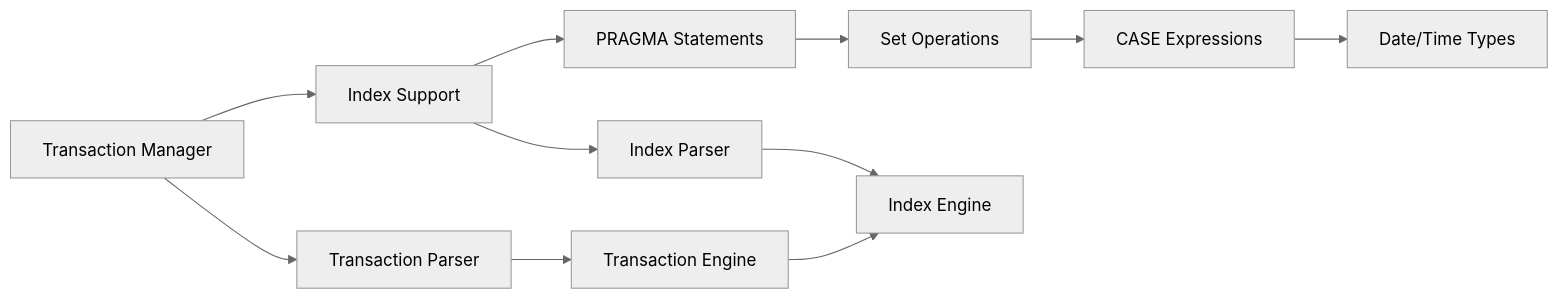
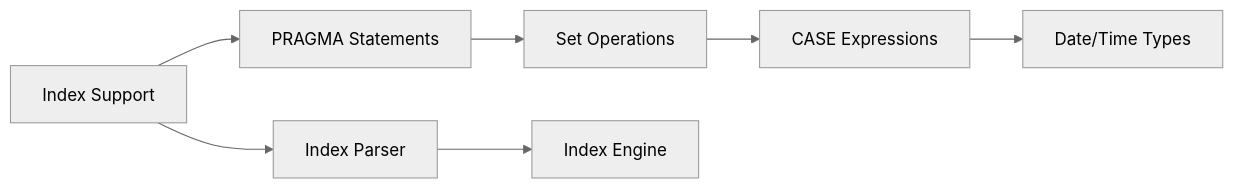
The diagram in docs/plan-v0.4.0.md (cyw0ng95/sqlvibe), drawn with Mermaid (neutral theme) before and after one commit. The commit also changed other lines of this file, not shown here.

````diff
--- a/docs/plan-v0.4.0.md
+++ b/docs/plan-v0.4.0.md
@@ -25,15 +24,10 @@
 ```mermaid
 graph LR
-    TX[Transaction Manager] --> IX[Index Support]
-    IX --> PG[PRAGMA Statements]
+    IX[Index Support] --> PG[PRAGMA Statements]
     PG --> SO[Set Operations]
     SO --> CW[CASE Expressions]
     CW --> DT[Date/Time Types]
     
-    TX --> TX_P[Transaction Parser]
-    TX_P --> TX_E[Transaction Engine]
-    TX_E --> IX_E[Index Engine]
-    
     IX --> IX_P[Index Parser]
-    IX_P --> IX_E
+    IX_P --> IX_E[Index Engine]
 ```
````
